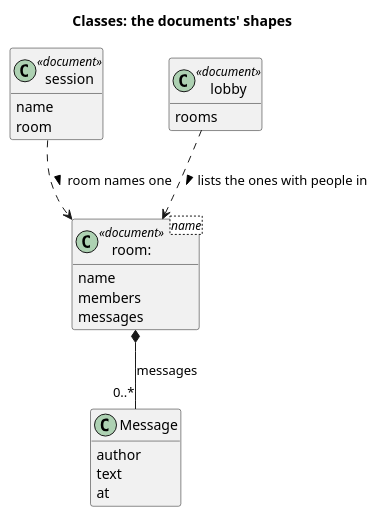
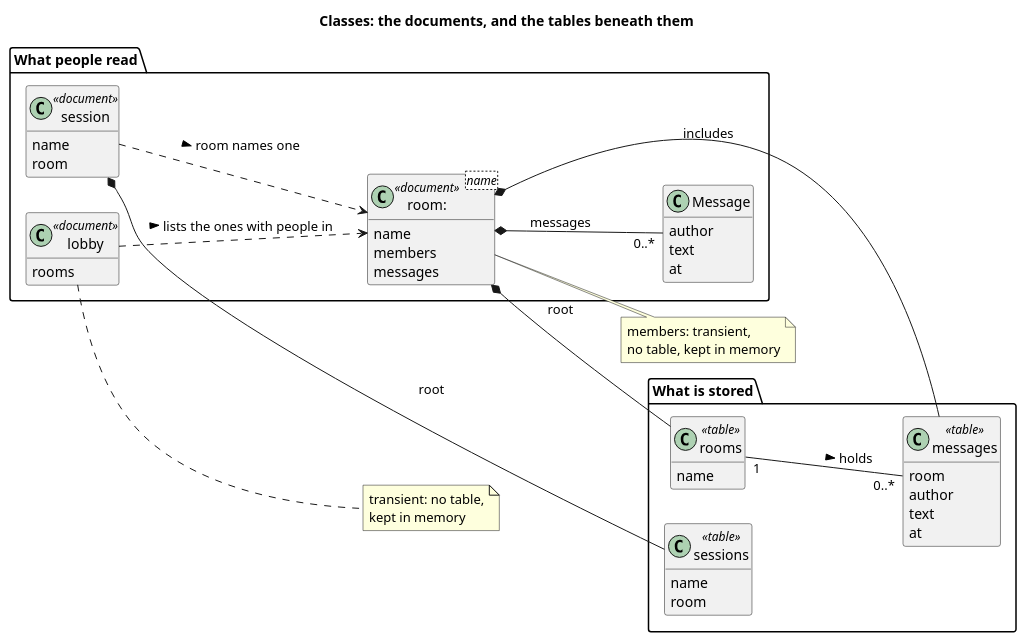
Before and after one commit to blueshed/dzql: the diagram in uml/src/classes.puml, drawn with PlantUML. The commit also changed 2 other files, not shown here.

Commit message:
uml: the tables beneath the documents -- Tables in types.ts, drawn as «table» classes in a 'what is stored' package; each document composed of its root and what it includes; the transient parts noted as having no table

```diff
--- a/uml/src/classes.puml
+++ b/uml/src/classes.puml
@@ -1,29 +1,53 @@
 @startuml
-title Classes: the documents' shapes
+title Classes: the documents, and the tables beneath them
 hide empty methods
+left to right direction
 
-class "room:<name>" as RoomDoc <<document>> {
-  name
-  members
-  messages
+package "What people read" {
+  class "room:<name>" as RoomDoc <<document>> {
+    name
+    members
+    messages
+  }
+  class "session" as SessionDoc <<document>> {
+    name
+    room
+  }
+  class "lobby" as LobbyDoc <<document>> {
+    rooms
+  }
+  class Message {
+    author
+    text
+    at
+  }
 }
 
-class "session" as SessionDoc <<document>> {
-  name
-  room
-}
-
-class "lobby" as LobbyDoc <<document>> {
-  rooms
-}
-
-class Message {
-  author
-  text
-  at
+package "What is stored" {
+  class rooms <<table>> {
+    name
+  }
+  class messages <<table>> {
+    room
+    author
+    text
+    at
+  }
+  class sessions <<table>> {
+    name
+    room
+  }
 }
 
 RoomDoc *-- "0..*" Message : messages
 SessionDoc ..> RoomDoc : room names one >
 LobbyDoc ..> RoomDoc : lists the ones with people in >
+
+RoomDoc *-- rooms : root
+RoomDoc *-- messages : includes
+SessionDoc *-- sessions : root
+rooms "1" -- "0..*" messages : holds >
+
+note right of RoomDoc : members: transient,\nno table, kept in memory
+note right of LobbyDoc : transient: no table,\nkept in memory
 @enduml
```
